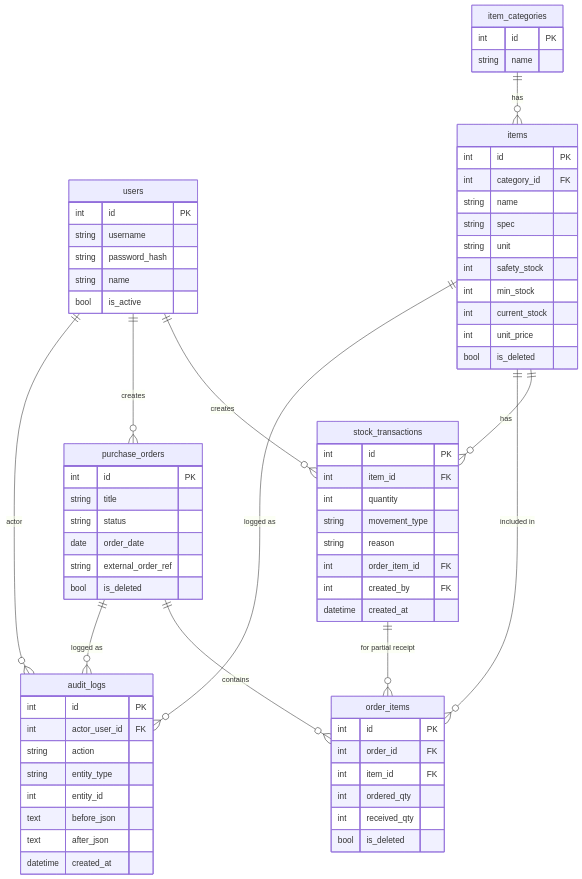
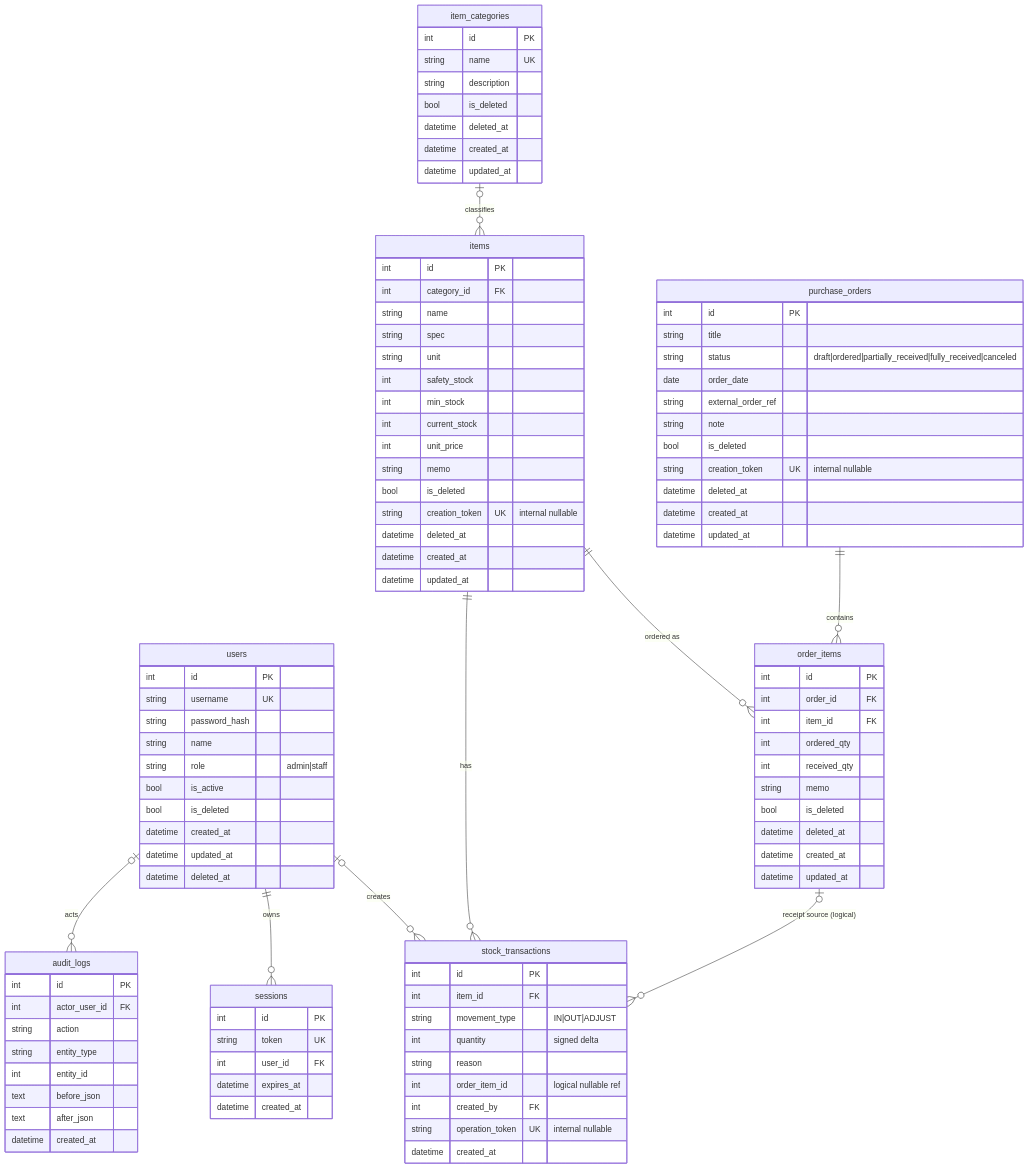
Before and after one commit to AllStuff-agit/Here-is-order: the diagram in docs/design/er-diagram.md, drawn with Mermaid. The commit also changed other lines of this file and 34 other files, not shown here.

````diff
--- a/docs/design/er-diagram.md
+++ b/docs/design/er-diagram.md
@@ -3,31 +5,45 @@
 ```mermaid
 erDiagram
-    users ||--o{ stock_transactions : "creates"
-    users ||--o{ purchase_orders : "creates"
+    users ||--o{ sessions : "owns"
+    users o|--o{ stock_transactions : "creates"
+    users o|--o{ audit_logs : "acts"
 
-    item_categories ||--o{ items : "has"
+    item_categories o|--o{ items : "classifies"
     items ||--o{ stock_transactions : "has"
-    items ||--o{ order_items : "included in"
+    items ||--o{ order_items : "ordered as"
+    purchase_orders ||--o{ order_items : "contains"
 
-    purchase_orders ||--o{ order_items : "contains"
-    purchase_orders ||--o{ audit_logs : "logged as"
-
-    items ||--o{ audit_logs : "logged as"
-    stock_transactions ||--o{ order_items : "for partial receipt"
-
-    users ||--o{ audit_logs : "actor"
+    order_items o|--o{ stock_transactions : "receipt source (logical)"
 
     users {
         int id PK
-        string username
+        string username UK
         string password_hash
         string name
+        string role "admin|staff"
         bool is_active
+        bool is_deleted
+        datetime created_at
+        datetime updated_at
+        datetime deleted_at
+    }
+
+    sessions {
+        int id PK
+        string token UK
+        int user_id FK
+        datetime expires_at
+        datetime created_at
     }
 
     item_categories {
         int id PK
-        string name
+        string name UK
+        string description
+        bool is_deleted
+        datetime deleted_at
+        datetime created_at
+        datetime updated_at
     }
 
     items {
@@ -40,27 +56,38 @@
         int min_stock
         int current_stock
         int unit_price
+        string memo
         bool is_deleted
+        string creation_token UK "internal nullable"
+        datetime deleted_at
+        datetime created_at
+        datetime updated_at
     }
 
     stock_transactions {
         int id PK
         int item_id FK
-        int quantity
-        string movement_type
+        string movement_type "IN|OUT|ADJUST"
+        int quantity "signed delta"
         string reason
-        int order_item_id FK
+        int order_item_id "logical nullable ref"
         int created_by FK
+        string operation_token UK "internal nullable"
         datetime created_at
     }
 
     purchase_orders {
         int id PK
         string title
-        string status
+        string status "draft|ordered|partially_received|fully_received|canceled"
         date order_date
         string external_order_ref
+        string note
         bool is_deleted
+        string creation_token UK "internal nullable"
+        datetime deleted_at
+        datetime created_at
+        datetime updated_at
     }
 
     order_items {
@@ -69,7 +96,11 @@
         int item_id FK
         int ordered_qty
         int received_qty
+        string memo
         bool is_deleted
+        datetime deleted_at
+        datetime created_at
+        datetime updated_at
     }
 
     audit_logs {
````
